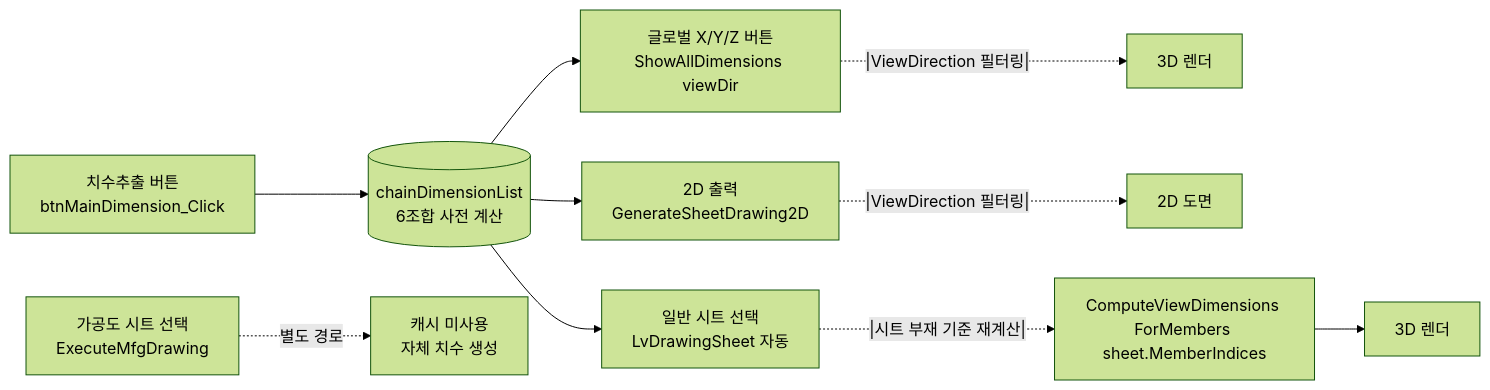
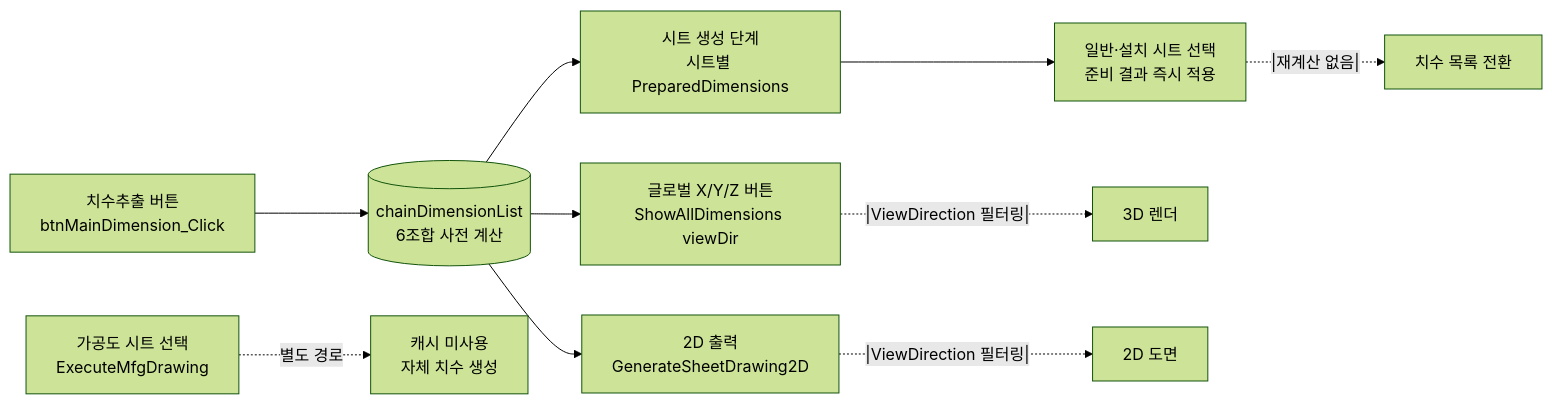
Before and after one commit to uuuuj/a2z: the second of 2 diagrams in docs/기능/BOM/메인 치수 추출.md, drawn with Mermaid (forest theme). The commit also changed other lines of this file and 1 other file, not shown here.

````diff
--- a/docs/기능/BOM/메인 치수 추출.md
+++ b/docs/기능/BOM/메인 치수 추출.md
@@ -156,13 +159,13 @@
 ```mermaid
 flowchart LR
     BTN[치수추출 버튼<br/>btnMainDimension_Click] --> CACHE[(chainDimensionList<br/>6조합 사전 계산)]
     CACHE --> P1[글로벌 X/Y/Z 버튼<br/>ShowAllDimensions viewDir]
     CACHE --> P2[2D 출력<br/>GenerateSheetDrawing2D]
-    CACHE --> P3[일반 시트 선택<br/>LvDrawingSheet 자동]
+    CACHE --> PREP[시트 생성 단계<br/>시트별 PreparedDimensions]
+    PREP --> P3[일반·설치 시트 선택<br/>준비 결과 즉시 적용]
     GUKDO[가공도 시트 선택<br/>ExecuteMfgDrawing] -.별도 경로.-> NOCACHE[캐시 미사용<br/>자체 치수 생성]
 
     P1 -.|ViewDirection 필터링|.-> RENDER[3D 렌더]
     P2 -.|ViewDirection 필터링|.-> RENDER2D[2D 도면]
-    P3 -.|시트 부재 기준 재계산|.-> RECALC[ComputeViewDimensions ForMembers sheet.MemberIndices]
-    RECALC --> RENDER3[3D 렌더]
+    P3 -.|재계산 없음|.-> RENDER3[치수 목록 전환]
 ```
````
